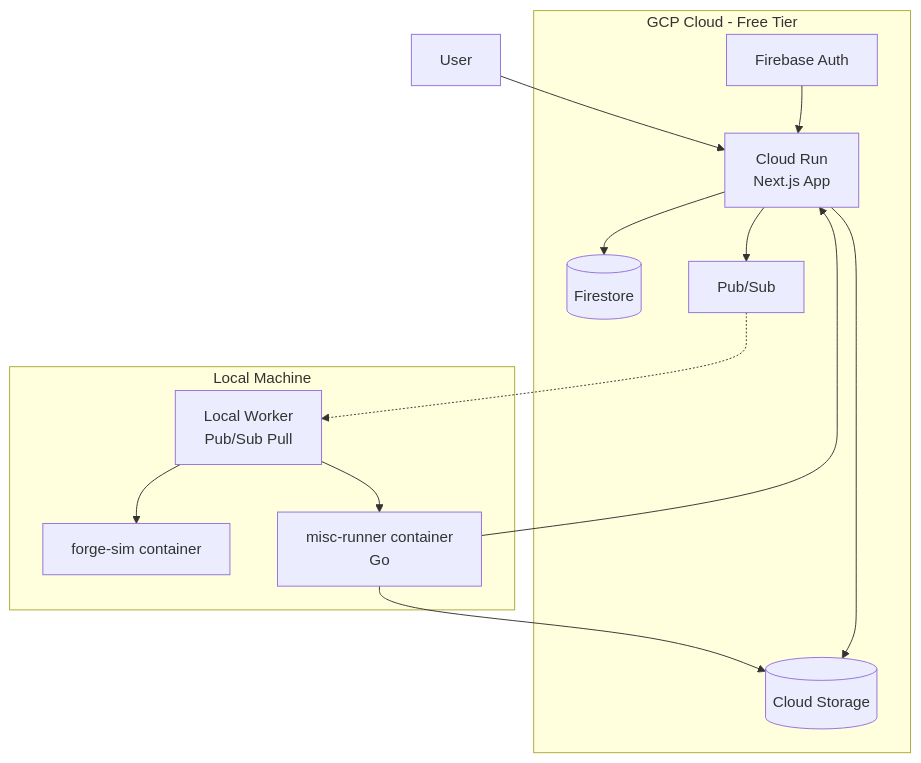
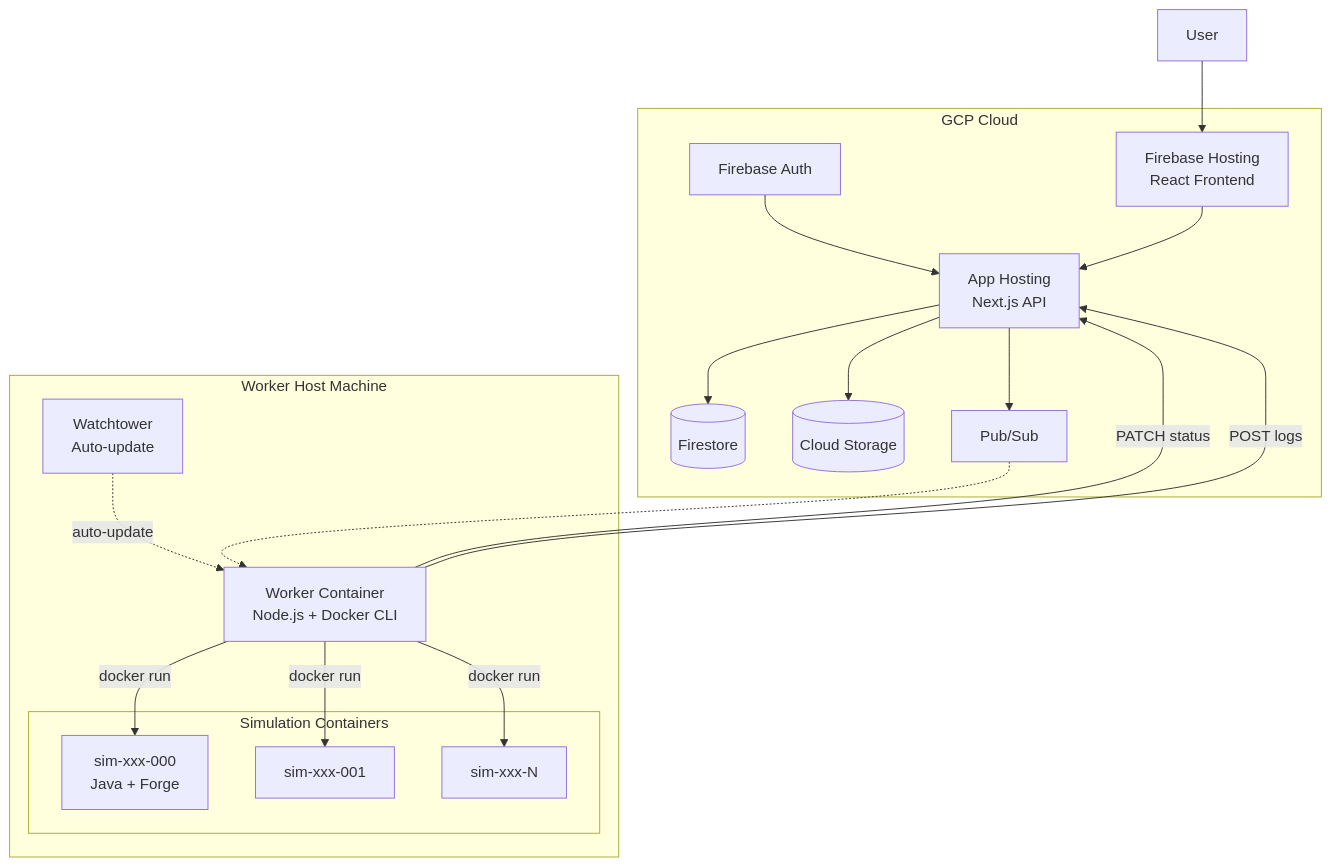
Before and after one commit to TytaniumDev/MagicBracketSimulator: the first of 5 diagrams in docs/ARCHITECTURE.md, drawn with Mermaid. The commit also changed other lines of this file and 23 other files, not shown here.

First line of the commit message:
Split worker into Worker + Simulation two-image architecture

````diff
--- a/docs/ARCHITECTURE.md
+++ b/docs/ARCHITECTURE.md
@@ -18,27 +20,37 @@
 ```mermaid
 flowchart TB
-    subgraph gcp [GCP Cloud - Free Tier]
-        CloudRun[Cloud Run<br/>Next.js App]
+    subgraph gcp [GCP Cloud]
+        AppHosting[App Hosting<br/>Next.js API]
         Firestore[(Firestore)]
         GCS[(Cloud Storage)]
         PubSub[Pub/Sub]
         FirebaseAuth[Firebase Auth]
-        CloudRun --> Firestore
-        CloudRun --> GCS
-        CloudRun --> PubSub
-        FirebaseAuth --> CloudRun
+        FirebaseHosting[Firebase Hosting<br/>React Frontend]
+        AppHosting --> Firestore
+        AppHosting --> GCS
+        AppHosting --> PubSub
+        FirebaseAuth --> AppHosting
     end
 
-    subgraph local [Local Machine]
-        Worker[Local Worker<br/>Pub/Sub Pull]
-        ForgeSim[forge-sim container]
-        MiscRunner[misc-runner container<br/>Go]
-        Worker --> ForgeSim
-        Worker --> MiscRunner
+    subgraph worker_host [Worker Host Machine]
+        Worker[Worker Container<br/>Node.js + Docker CLI]
+        Watchtower[Watchtower<br/>Auto-update]
+
+        subgraph sims [Simulation Containers]
+            Sim1[sim-xxx-000<br/>Java + Forge]
+            Sim2[sim-xxx-001]
+            SimN[sim-xxx-N]
+        end
+
+        Worker -->|docker run| Sim1
+        Worker -->|docker run| Sim2
+        Worker -->|docker run| SimN
+        Watchtower -.->|auto-update| Worker
     end
 
-    User --> CloudRun
+    User --> FirebaseHosting
+    FirebaseHosting --> AppHosting
     PubSub -.-> Worker
-    MiscRunner --> GCS
-    MiscRunner --> CloudRun
+    Worker -->|PATCH status| AppHosting
+    Worker -->|POST logs| AppHosting
 ```
````
